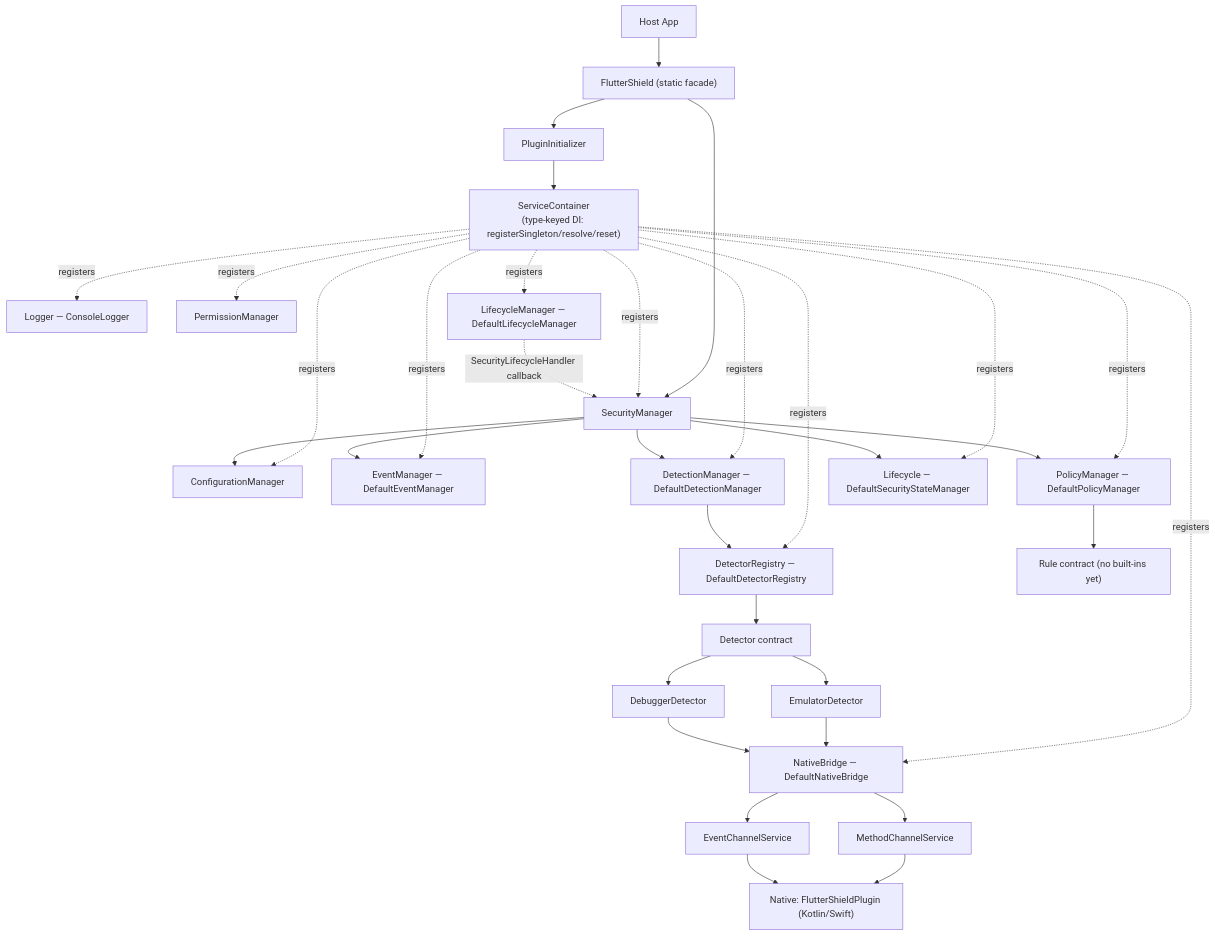
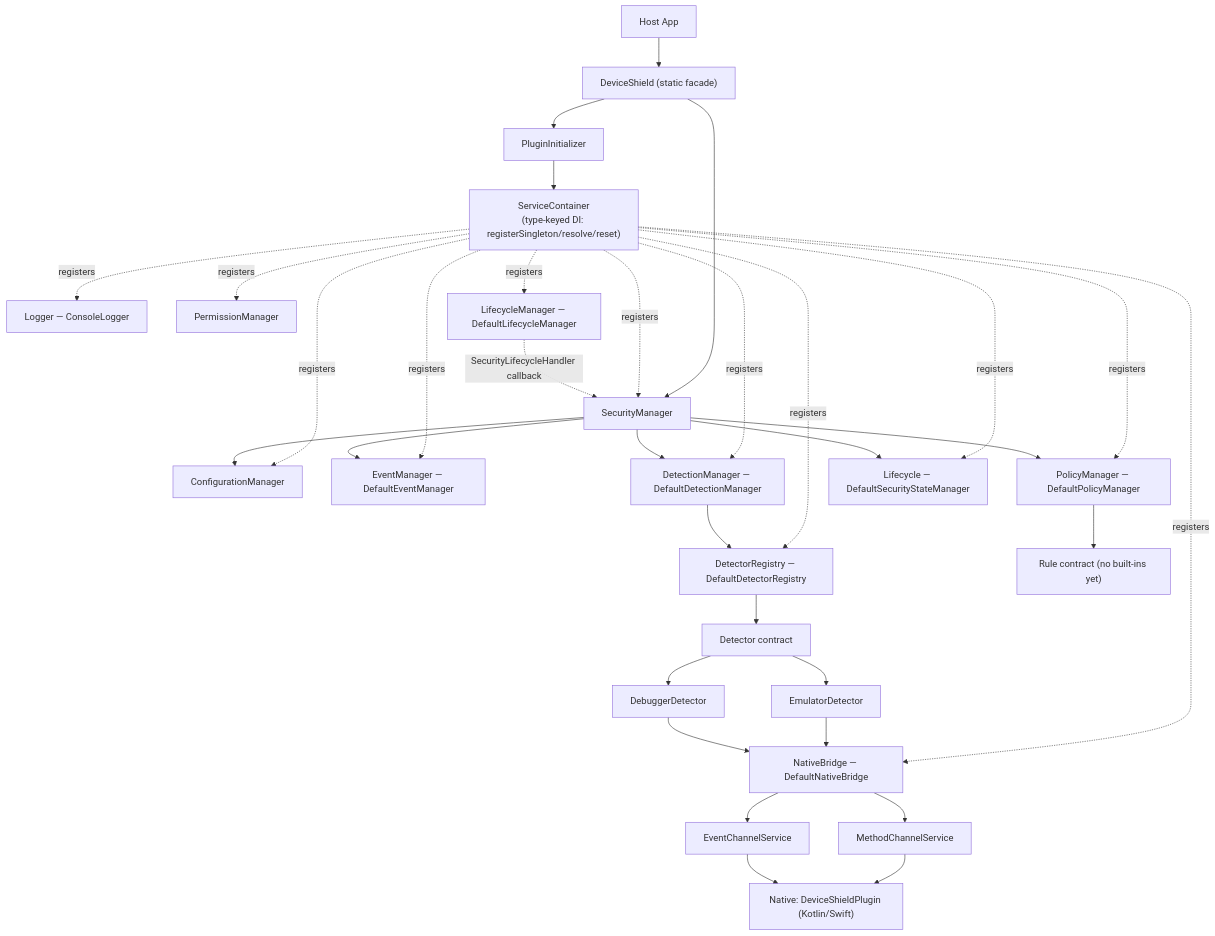
Before and after one commit to Vikaskumar75/device-shield: the second of 7 diagrams in PLUGIN_FLOW_TRACE.md, drawn with Mermaid. The commit also changed other lines of this file and 225 other files, not shown here.

First line of the commit message:
Add documentation for device_shield including FAQ, troubleshooting, installation, and platform setup

````diff
--- a/PLUGIN_FLOW_TRACE.md
+++ b/PLUGIN_FLOW_TRACE.md
@@ -98,35 +98,35 @@
 ```mermaid
 flowchart TD
-    APP["Host App"] --> API["FlutterShield (static facade)"]
+    APP["Host App"] --> API["DeviceShield (static facade)"]
     API --> INIT["PluginInitializer"]
     API --> SM["SecurityManager"]
     INIT --> DI["ServiceContainer\n(type-keyed DI: registerSingleton/resolve/reset)"]
     DI -. registers .-> LOG["Logger — ConsoleLogger"]
     DI -. registers .-> PERM["PermissionManager"]
     DI -. registers .-> CFG["ConfigurationManager"]
     DI -. registers .-> NB["NativeBridge — DefaultNativeBridge"]
     DI -. registers .-> EVT["EventManager — DefaultEventManager"]
     DI -. registers .-> REG["DetectorRegistry — DefaultDetectorRegistry"]
     DI -. registers .-> DET["DetectionManager — DefaultDetectionManager"]
     DI -. registers .-> POL["PolicyManager — DefaultPolicyManager"]
     DI -. registers .-> SM
     DI -. registers .-> LC["LifecycleManager — DefaultLifecycleManager"]
     DI -. registers .-> LIFE["Lifecycle — DefaultSecurityStateManager"]
     SM --> DET
     SM --> POL
     SM --> EVT
     SM --> CFG
     SM --> LIFE
     LC -. SecurityLifecycleHandler callback .-> SM
     DET --> REG
     REG --> DC["Detector contract"]
     DC --> EM_D["EmulatorDetector"]
     DC --> DB_D["DebuggerDetector"]
     POL --> RC["Rule contract (no built-ins yet)"]
     EM_D --> NB
     DB_D --> NB
     NB --> MCS["MethodChannelService"]
     NB --> ECS["EventChannelService"]
-    MCS --> NATIVE["Native: FlutterShieldPlugin (Kotlin/Swift)"]
+    MCS --> NATIVE["Native: DeviceShieldPlugin (Kotlin/Swift)"]
     ECS --> NATIVE
 ```
````
